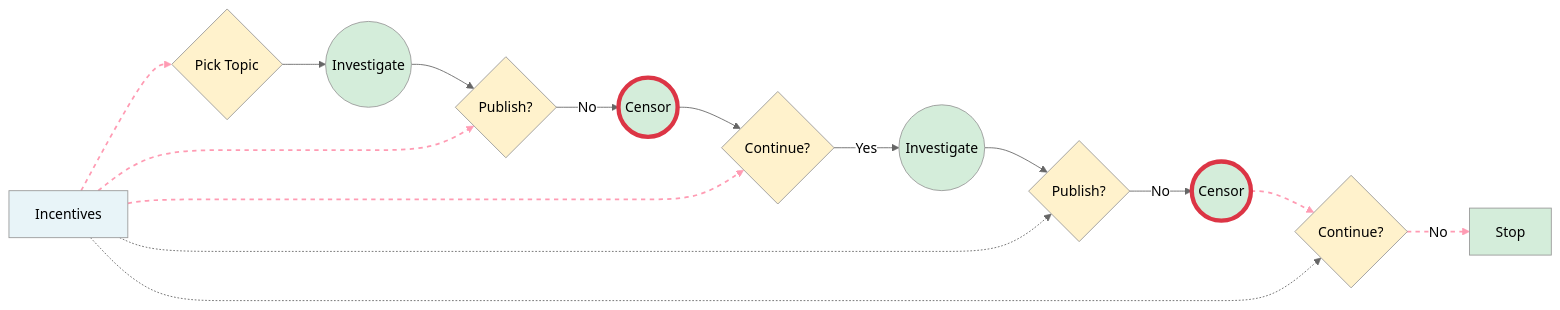
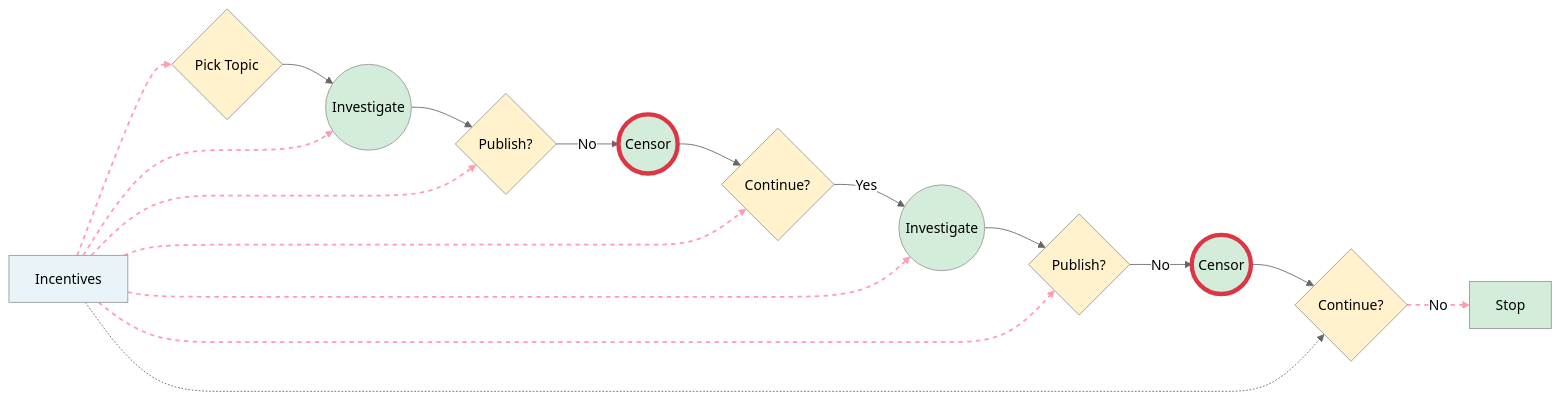
The fourth of 5 diagrams in _drafts/2025-09-24-ioannidis-process.md (cottrell/notes), drawn with Mermaid (neutral theme) before and after one commit. The commit also changed other lines of this file, not shown here.

```diff
--- a/_drafts/2025-09-24-ioannidis-process.md
+++ b/_drafts/2025-09-24-ioannidis-process.md
@@ -142,36 +150,40 @@
 {% mermaid %}
 graph LR
     I[Incentives] -.-> T{Pick Topic}
     T --> W1((Investigate))
     W1 --> D1{Publish?}
     D1 -->|No| H1((Censor))
     H1 --> C1{Continue?}
     C1 -->|Yes| W2((Investigate))
     W2 --> D2{Publish?}
     D2 -->|No| H2((Censor))
     H2 --> C2{Continue?}
     C2 -->|No| Stop[Stop]
 
+    I -.-> W1
     I -.-> D1
     I -.-> C1
+    I -.-> W2
     I -.-> D2
     I -.-> C2
 
     %% Causal link styling
     linkStyle 0 stroke:#ff9bb3,stroke-width:2px,stroke-dasharray: 5 5
-    linkStyle 8 stroke:#ff9bb3,stroke-width:2px,stroke-dasharray: 5 5
     linkStyle 9 stroke:#ff9bb3,stroke-width:2px,stroke-dasharray: 5 5
     linkStyle 10 stroke:#ff9bb3,stroke-width:2px,stroke-dasharray: 5 5
     linkStyle 11 stroke:#ff9bb3,stroke-width:2px,stroke-dasharray: 5 5
+    linkStyle 12 stroke:#ff9bb3,stroke-width:2px,stroke-dasharray: 5 5
+    linkStyle 13 stroke:#ff9bb3,stroke-width:2px,stroke-dasharray: 5 5
+    linkStyle 14 stroke:#ff9bb3,stroke-width:2px,stroke-dasharray: 5 5
 
     %% Styling
     classDef process fill:#e8f4f8
     classDef decision fill:#fff2cc
     classDef outcome fill:#d4edda
     classDef censor fill:#d4edda,stroke:#dc3545,stroke-width:5px
 
     class I process
     class T,D1,C1,D2,C2 decision
     class W1,W2,Stop outcome
     class H1,H2 censor
 {% endmermaid %}
```
